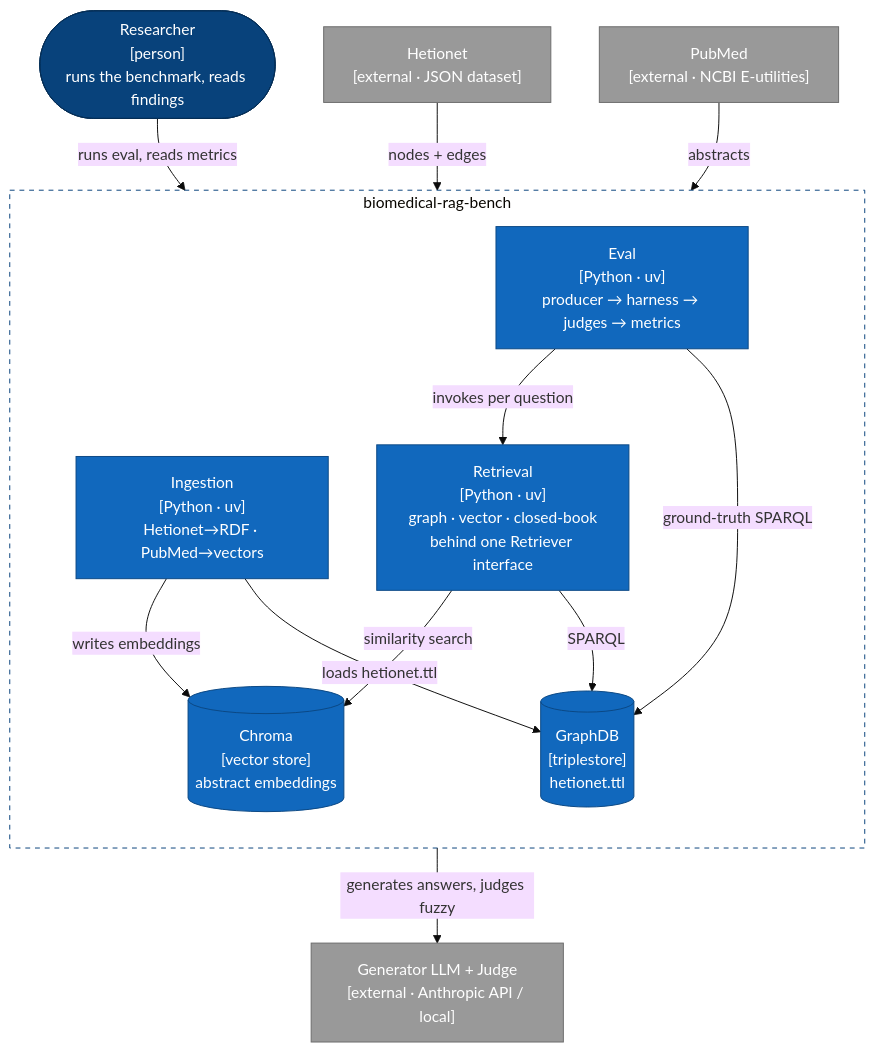
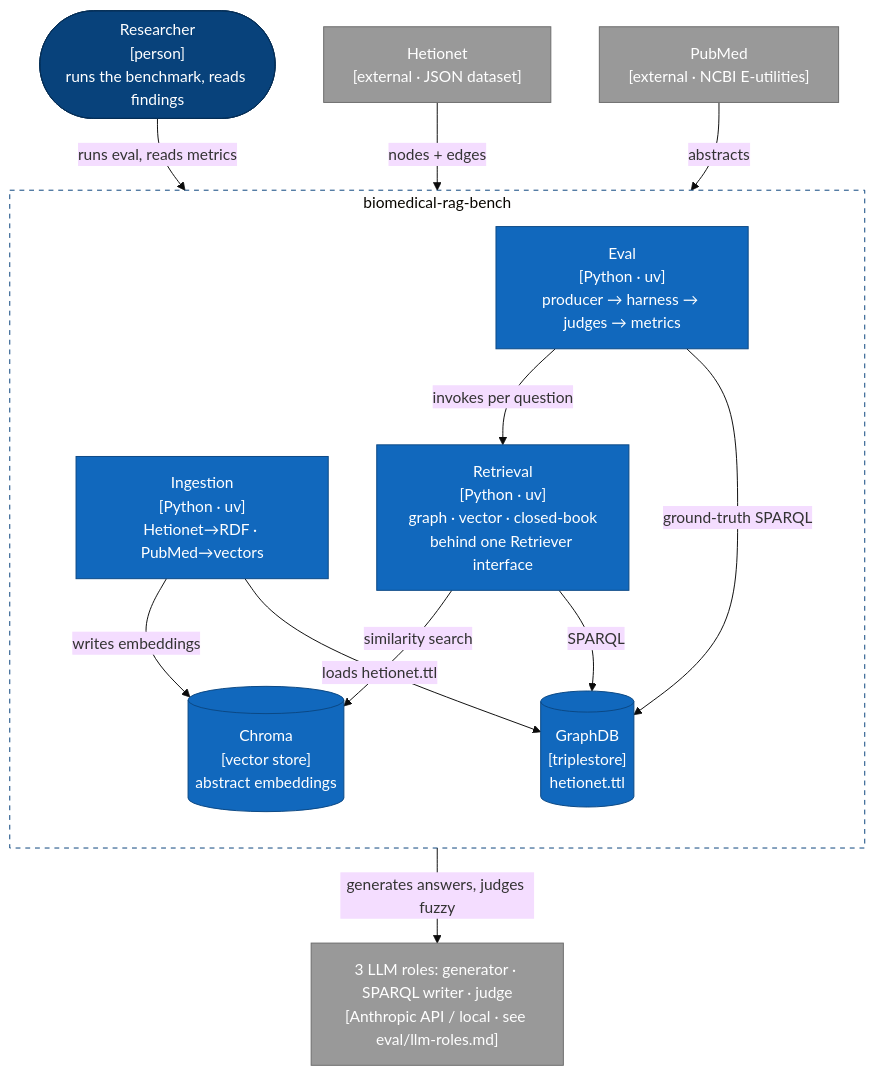
Before and after one commit to joseph-higaki/biomedical-rag-bench: the diagram in README.md, drawn with Mermaid (base theme). The commit also changed other lines of this file and 1 other file, not shown here.

Commit message:
Docs: eval/llm-roles.md — the three LLM roles in one place
Generator-under-test, SPARQL writer, and semantic judge each have a distinct
system prompt, model/temperature knob, and telemetry channel, but the facts were
scattered across harness.py, sparqlgen.py, semantic.py, and three READMEs with no
single overview. New eval/llm-roles.md consolidates: a side-by-side table (role,
pipeline position, prompt location, model/temp env, local-model support, telemetry,
constancy), the shared "temperature logged beside the model" invariant, the shared
from_spec provider seam, and all three system prompts verbatim (source-of-truth
note: code wins on drift).

All three roles can use a local model via from_spec(ollama:…); the generator is
mechanically capable but experimentally pinned to Haiku+ for the headline run, a
local judge needs its own kappa first. README architecture node relabeled from one
"Generator LLM + Judge" box to the three roles linking the new doc, and a build-order
follow-up added under step 5 to fold the roles into the component diagrams.

````diff
--- a/README.md
+++ b/README.md
@@ -65,38 +65,38 @@
 ```mermaid
 flowchart TB
     researcher(["Researcher<br/>[person]<br/>runs the benchmark, reads findings"])
 
     subgraph sys[" biomedical-rag-bench "]
         direction TB
         ingest["Ingestion<br/>[Python · uv]<br/>Hetionet→RDF · PubMed→vectors"]
         retrieve["Retrieval<br/>[Python · uv]<br/>graph · vector · closed-book<br/>behind one Retriever interface"]
         eval["Eval<br/>[Python · uv]<br/>producer → harness → judges → metrics"]
         graphdb[("GraphDB<br/>[triplestore]<br/>hetionet.ttl")]
         chroma[("Chroma<br/>[vector store]<br/>abstract embeddings")]
     end
 
     hetionet["Hetionet<br/>[external · JSON dataset]"]
     pubmed["PubMed<br/>[external · NCBI E-utilities]"]
-    llm["Generator LLM + Judge<br/>[external · Anthropic API / local]"]
+    llm["3 LLM roles: generator · SPARQL writer · judge<br/>[Anthropic API / local · see eval/llm-roles.md]"]
 
     researcher -->|"runs eval, reads metrics"| eval
     hetionet -->|"nodes + edges"| ingest
     pubmed -->|"abstracts"| ingest
     ingest -->|"loads hetionet.ttl"| graphdb
     ingest -->|"writes embeddings"| chroma
     eval -->|"ground-truth SPARQL"| graphdb
     retrieve -->|"SPARQL"| graphdb
     retrieve -->|"similarity search"| chroma
     eval -->|"invokes per question"| retrieve
     eval -->|"generates answers, judges fuzzy"| llm
 
     classDef person fill:#08427b,stroke:#052e56,color:#fff
     classDef container fill:#1168bd,stroke:#0b4884,color:#fff
     classDef db fill:#1168bd,stroke:#0b4884,color:#fff
     classDef ext fill:#999999,stroke:#6b6b6b,color:#fff
     class researcher person
     class ingest,retrieve,eval container
     class graphdb,chroma db
     class hetionet,pubmed,llm ext
     style sys fill:none,stroke:#08427b,stroke-dasharray:5 5
 ```
````
